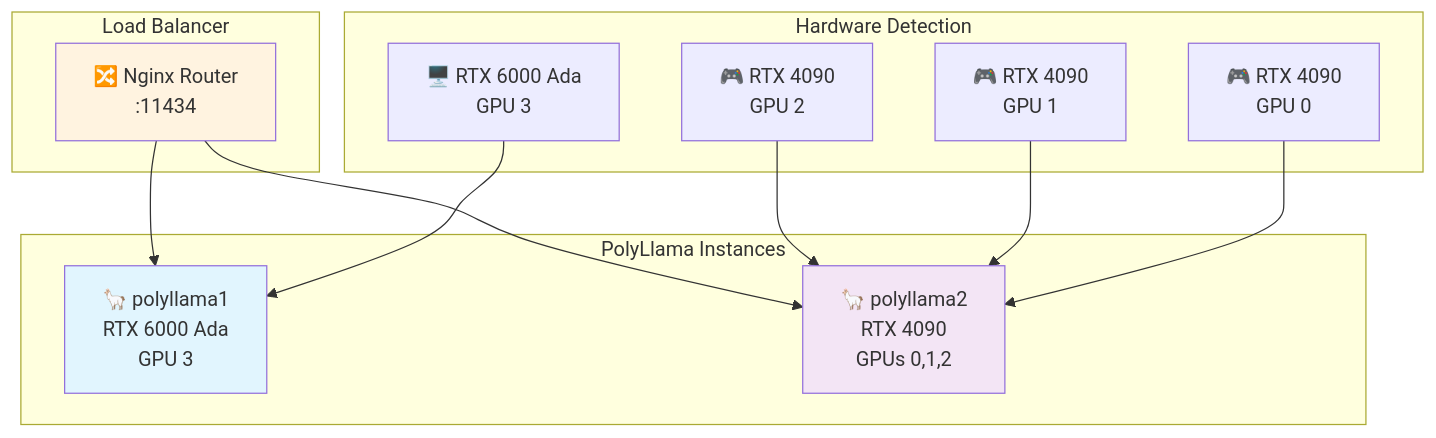
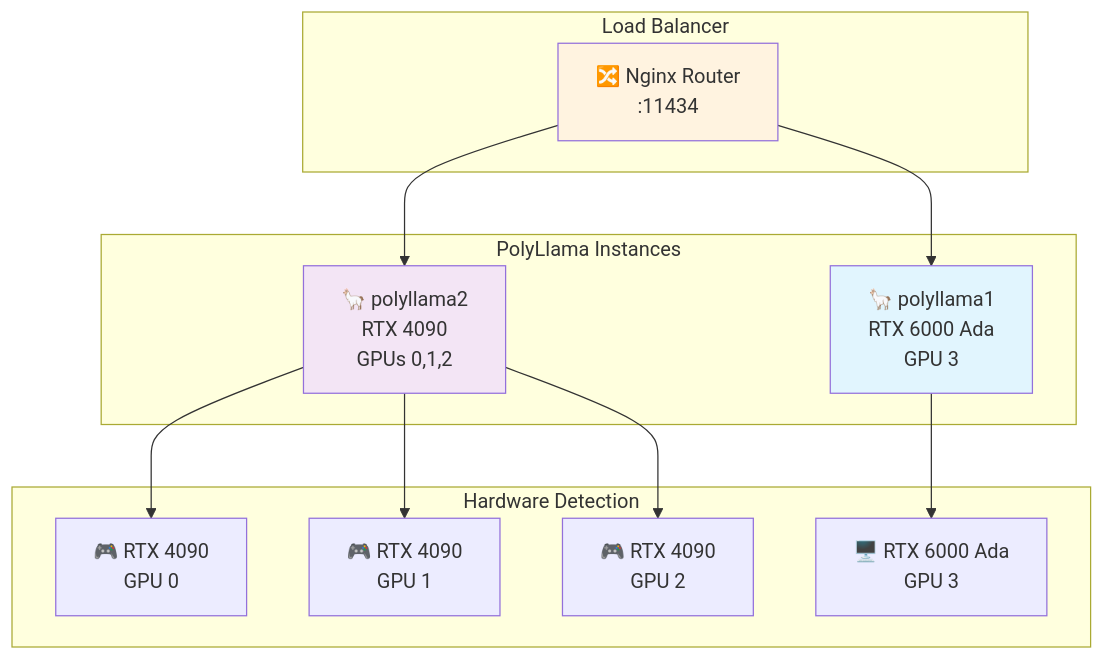
One commit to mode3cloud/PolyLlama changed the first of 6 diagrams in README.md. Above: the diagram before and after it, drawn with Mermaid. The commit also changed other lines of this file and 48 other files, not shown here.

````diff
--- a/README.md
+++ b/README.md
@@ -46,30 +46,30 @@
 ```mermaid
-graph TB
-    subgraph "Hardware Detection"
-        GPU0["🎮 RTX 4090<br/>GPU 0"]
-        GPU1["🎮 RTX 4090<br/>GPU 1"] 
-        GPU2["🎮 RTX 4090<br/>GPU 2"]
-        GPU3["🖥️ RTX 6000 Ada<br/>GPU 3"]
-    end
-    
-    subgraph "PolyLlama Instances"
-        P1["🦙 polyllama1<br/>RTX 6000 Ada<br/>GPU 3"]
-        P2["🦙 polyllama2<br/>RTX 4090<br/>GPUs 0,1,2"]
-    end
-    
-    subgraph "Load Balancer"
-        Router["🔀 Nginx Router<br/>:11434"]
-    end
-    
-    GPU3 --> P1
-    GPU0 --> P2
-    GPU1 --> P2
-    GPU2 --> P2
-    
-    Router --> P1
-    Router --> P2
-    
-    style P1 fill:#e1f5fe
-    style P2 fill:#f3e5f5
-    style Router fill:#fff3e0
+graph TD
+  subgraph "Load Balancer"
+    Router["🔀 Nginx Router<br/>:11434"]
+  end
+
+  subgraph "PolyLlama Instances"
+    P1["🦙 polyllama1<br/>RTX 6000 Ada<br/>GPU 3"]
+    P2["🦙 polyllama2<br/>RTX 4090<br/>GPUs 0,1,2"]
+  end
+
+  subgraph "Hardware Detection"
+    GPU0["🎮 RTX 4090<br/>GPU 0"]
+    GPU1["🎮 RTX 4090<br/>GPU 1"] 
+    GPU2["🎮 RTX 4090<br/>GPU 2"]
+    GPU3["🖥️ RTX 6000 Ada<br/>GPU 3"]
+  end
+
+  Router --> P1
+  Router --> P2
+
+  P1 --> GPU3
+  P2 --> GPU0
+  P2 --> GPU1
+  P2 --> GPU2
+
+  style P1 fill:#e1f5fe
+  style P2 fill:#f3e5f5
+  style Router fill:#fff3e0
 ```
````
